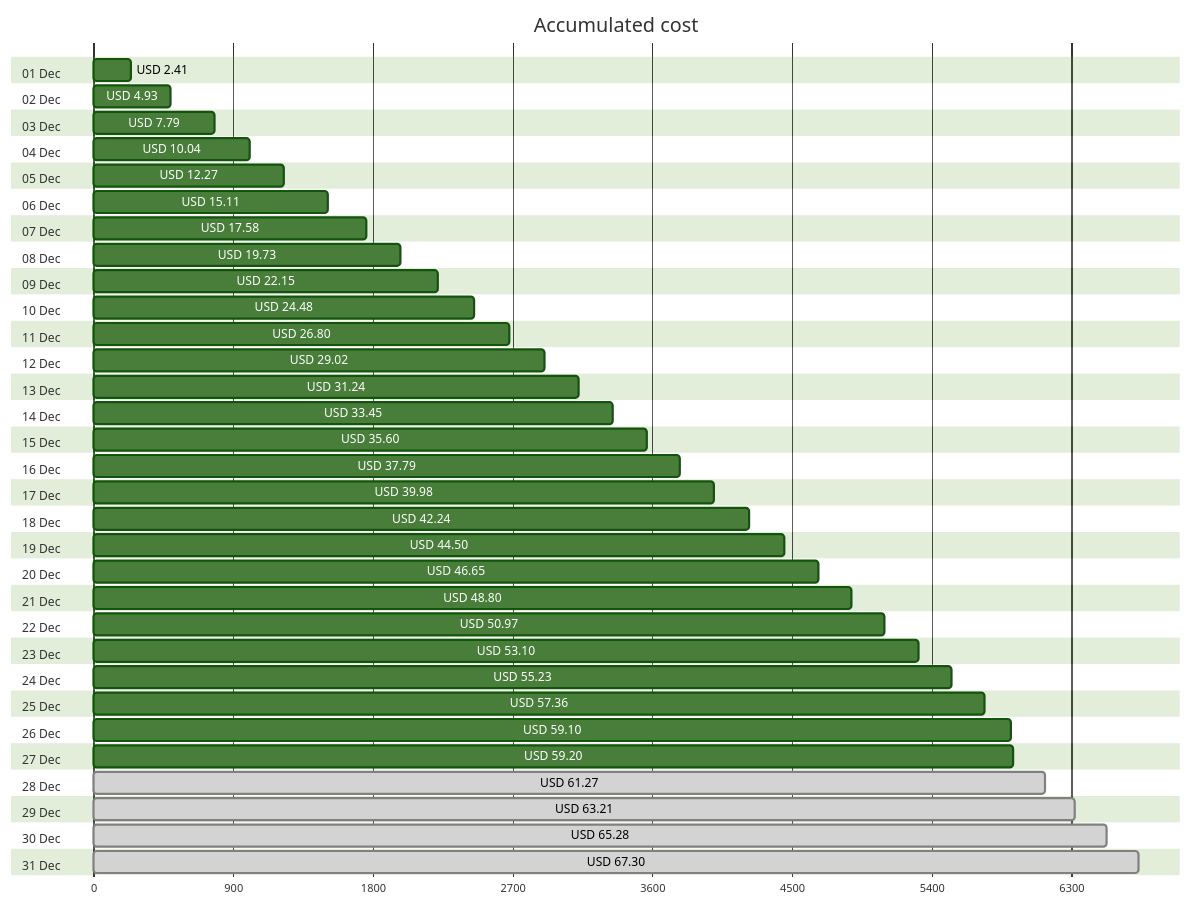
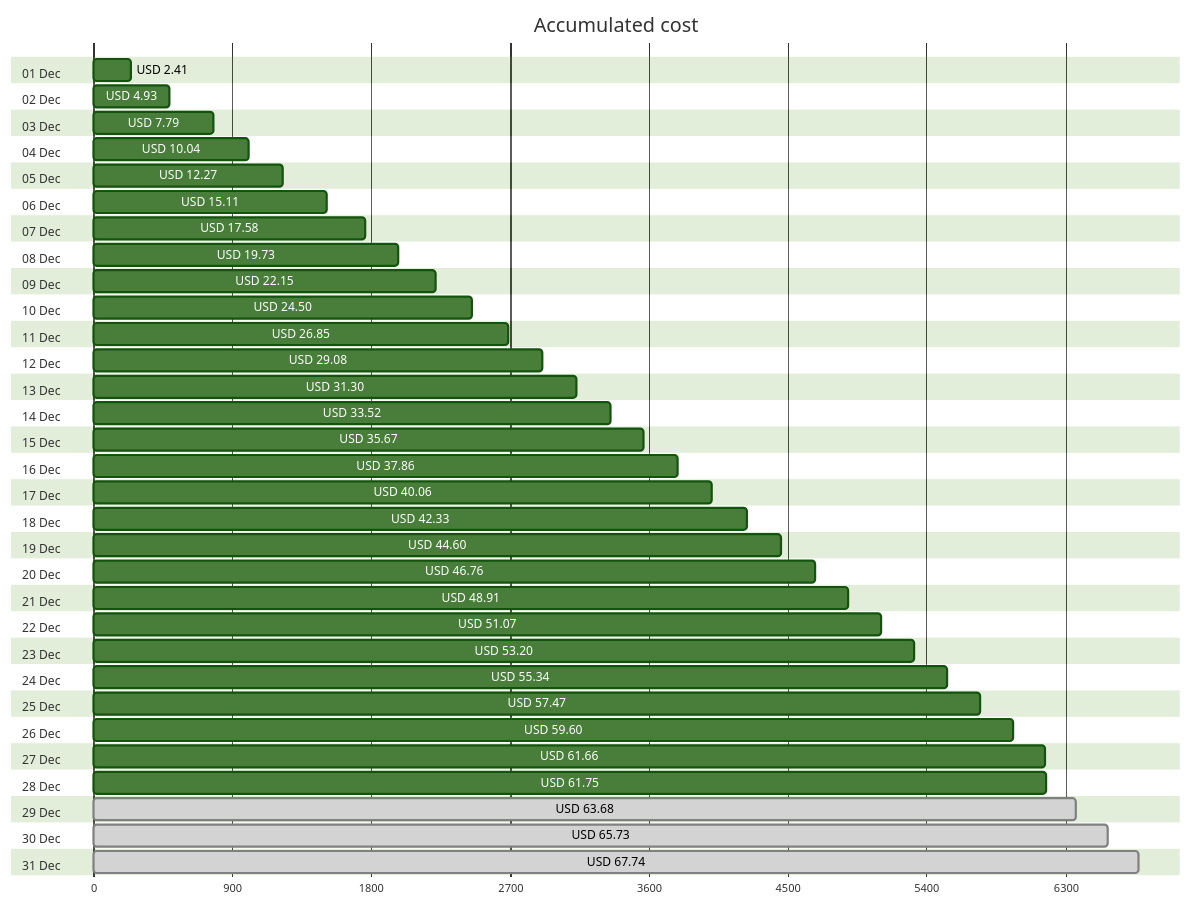
Before and after one commit to jpfulton/azure-personal-reports: the first of 4 diagrams in cost-reports/accumulated-cost.md, drawn with Mermaid (forest theme). The commit also changed other lines of this file and 4 other files, not shown here.

````diff
--- a/cost-reports/accumulated-cost.md
+++ b/cost-reports/accumulated-cost.md
@@ -20,68 +20,68 @@
 ```mermaid
 gantt
    title Accumulated cost
    dateFormat  X
    axisFormat %s
    section 01 Dec
    USD 2.41 :0, 241
    section 02 Dec
    USD 4.93 :0, 493
    section 03 Dec
    USD 7.79 :0, 779
    section 04 Dec
    USD 10.04 :0, 1004
    section 05 Dec
    USD 12.27 :0, 1227
    section 06 Dec
    USD 15.11 :0, 1511
    section 07 Dec
    USD 17.58 :0, 1758
    section 08 Dec
    USD 19.73 :0, 1973
    section 09 Dec
    USD 22.15 :0, 2215
    section 10 Dec
-   USD 24.48 :0, 2448
+   USD 24.50 :0, 2450
    section 11 Dec
-   USD 26.80 :0, 2680
+   USD 26.85 :0, 2685
    section 12 Dec
-   USD 29.02 :0, 2902
+   USD 29.08 :0, 2908
    section 13 Dec
-   USD 31.24 :0, 3124
+   USD 31.30 :0, 3130
    section 14 Dec
-   USD 33.45 :0, 3345
+   USD 33.52 :0, 3352
    section 15 Dec
-   USD 35.60 :0, 3560
+   USD 35.67 :0, 3567
    section 16 Dec
-   USD 37.79 :0, 3779
+   USD 37.86 :0, 3786
    section 17 Dec
-   USD 39.98 :0, 3998
+   USD 40.06 :0, 4006
    section 18 Dec
-   USD 42.24 :0, 4224
+   USD 42.33 :0, 4233
    section 19 Dec
-   USD 44.50 :0, 4450
+   USD 44.60 :0, 4460
    section 20 Dec
-   USD 46.65 :0, 4665
+   USD 46.76 :0, 4676
    section 21 Dec
-   USD 48.80 :0, 4880
+   USD 48.91 :0, 4891
    section 22 Dec
-   USD 50.97 :0, 5097
+   USD 51.07 :0, 5107
    section 23 Dec
-   USD 53.10 :0, 5310
+   USD 53.20 :0, 5320
    section 24 Dec
-   USD 55.23 :0, 5523
+   USD 55.34 :0, 5534
    section 25 Dec
-   USD 57.36 :0, 5736
+   USD 57.47 :0, 5747
    section 26 Dec
-   USD 59.10 :0, 5910
+   USD 59.60 :0, 5960
    section 27 Dec
-   USD 59.20 :0, 5920
+   USD 61.66 :0, 6166
    section 28 Dec
-   USD 61.27 : done, 0, 6127
+   USD 61.75 :0, 6175
    section 29 Dec
-   USD 63.21 : done, 0, 6321
+   USD 63.68 : done, 0, 6368
    section 30 Dec
-   USD 65.28 : done, 0, 6528
+   USD 65.73 : done, 0, 6573
    section 31 Dec
-   USD 67.30 : done, 0, 6730
+   USD 67.74 : done, 0, 6774
 ```
````
